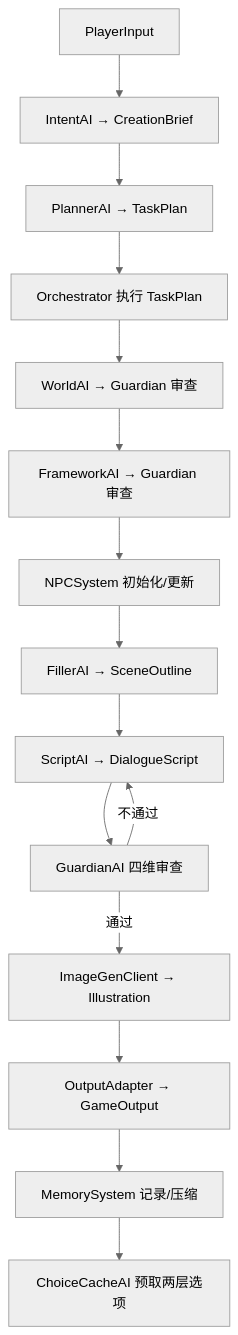
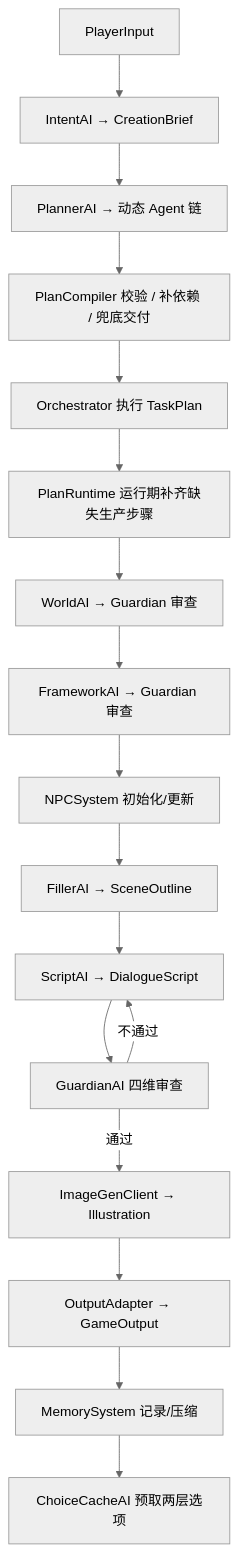
Before and after one commit to panxian-AI/Multi_Agent_Dynamic_Narrative_Engine: the diagram in README.md, drawn with Mermaid (neutral theme). The commit also changed other lines of this file and 19 other files, not shown here.

````diff
--- a/README.md
+++ b/README.md
@@ -326,17 +330,19 @@
 ```mermaid
 flowchart TD
     A[PlayerInput] --> B[IntentAI → CreationBrief]
-    B --> C[PlannerAI → TaskPlan]
-    C --> D[Orchestrator 执行 TaskPlan]
-    D --> E[WorldAI → Guardian 审查]
-    E --> F[FrameworkAI → Guardian 审查]
-    F --> G[NPCSystem 初始化/更新]
-    G --> H[FillerAI → SceneOutline]
-    H --> I[ScriptAI → DialogueScript]
-    I --> J[GuardianAI 四维审查]
-    J -->|不通过| I
-    J -->|通过| K[ImageGenClient → Illustration]
-    K --> L[OutputAdapter → GameOutput]
-    L --> M[MemorySystem 记录/压缩]
-    M --> N[ChoiceCacheAI 预取两层选项]
+    B --> C[PlannerAI → 动态 Agent 链]
+    C --> D[PlanCompiler 校验 / 补依赖 / 兜底交付]
+    D --> E[Orchestrator 执行 TaskPlan]
+    E --> F[PlanRuntime 运行期补齐缺失生产步骤]
+    F --> G[WorldAI → Guardian 审查]
+    G --> H[FrameworkAI → Guardian 审查]
+    H --> I[NPCSystem 初始化/更新]
+    I --> J[FillerAI → SceneOutline]
+    J --> K[ScriptAI → DialogueScript]
+    K --> L[GuardianAI 四维审查]
+    L -->|不通过| K
+    L -->|通过| M[ImageGenClient → Illustration]
+    M --> N[OutputAdapter → GameOutput]
+    N --> O[MemorySystem 记录/压缩]
+    O --> P[ChoiceCacheAI 预取两层选项]
 ```
````
